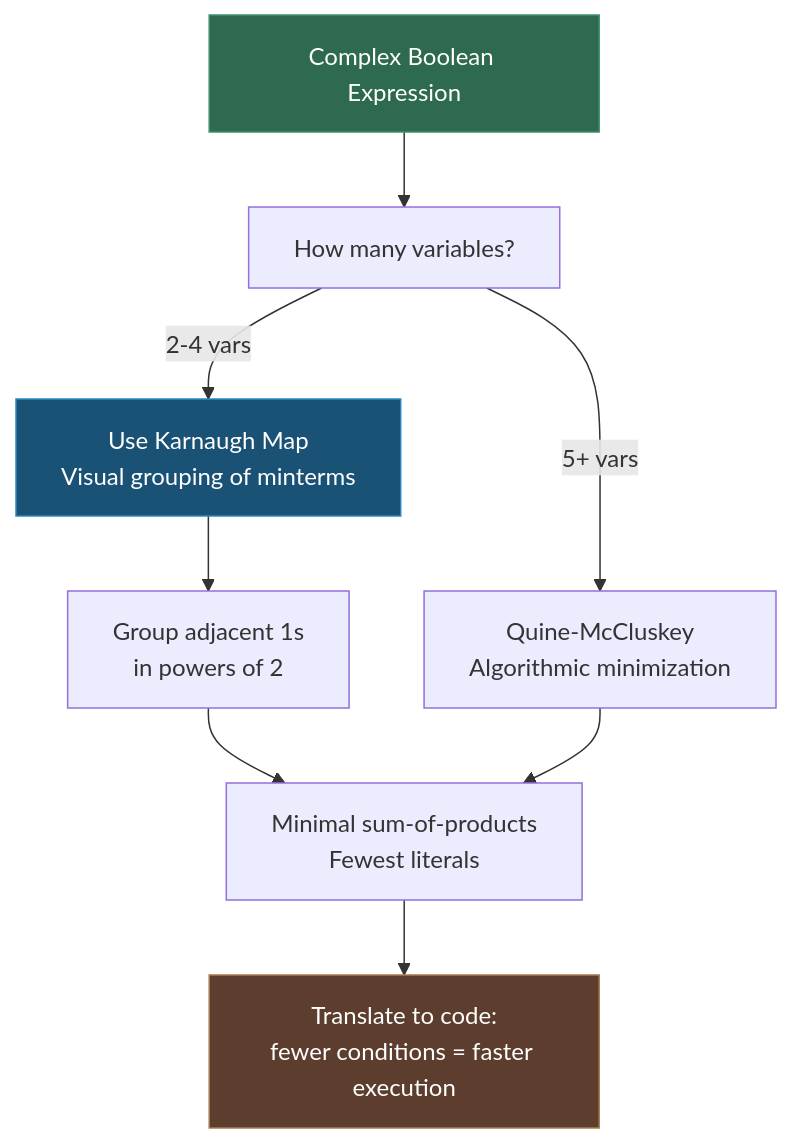
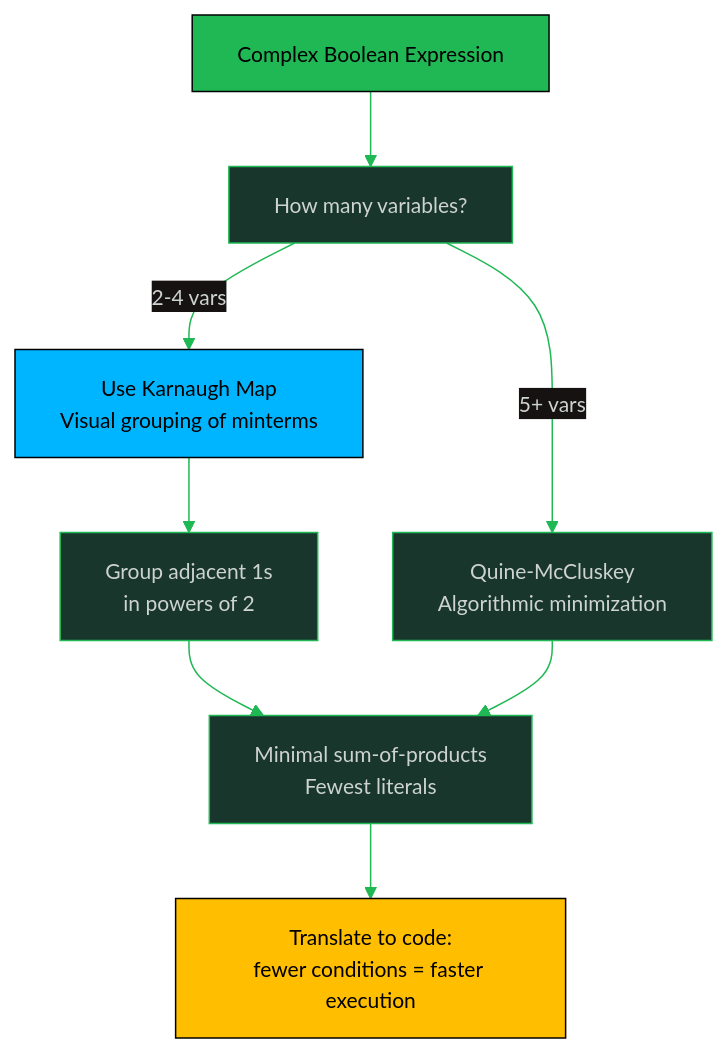
One commit to oat431/swe-knowledge changed the diagram in math-for-software-engineering-note/00_basic_logic.md. Above: the diagram before and after it, drawn with Mermaid. The commit also changed other lines of this file and 18 other files, not shown here.

````diff
--- a/math-for-software-engineering-note/00_basic_logic.md
+++ b/math-for-software-engineering-note/00_basic_logic.md
@@ -208,14 +208,15 @@
 ```mermaid
+%%{init: {'theme':'base','themeVariables':{'primaryColor':'#19362D','primaryTextColor':'#CDD3D1','primaryBorderColor':'#1FB854','lineColor':'#1FB854','background':'#1B1717','mainBkg':'#19362D','clusterBkg':'#161212','edgeLabelBackground':'#161212','titleColor':'#1FB854','fontSize':'14px'}}}%%
 flowchart TD
     START["Complex Boolean Expression"] --> Q1["How many variables?"]
     Q1 -->|"2-4 vars"| KMAP["Use Karnaugh Map\nVisual grouping of minterms"]
     Q1 -->|"5+ vars"| QM["Quine-McCluskey\nAlgorithmic minimization"]
     KMAP --> GROUP["Group adjacent 1s\nin powers of 2"]
     GROUP --> MINIMAL["Minimal sum-of-products\nFewest literals"]
     QM --> MINIMAL
     MINIMAL --> CODE["Translate to code:\nfewer conditions = faster execution"]
 
-    style START fill:#2d6a4f,stroke:#40916c,color:#fff
-    style KMAP fill:#1a5276,stroke:#2e86c1,color:#fff
-    style CODE fill:#5c3d2e,stroke:#a67c52,color:#fff
+    style START fill:#1FB854,stroke:#000000,color:#000000
+    style KMAP fill:#00B5FF,stroke:#000000,color:#000000
+    style CODE fill:#FFBE00,stroke:#000000,color:#000000
 ```
````
